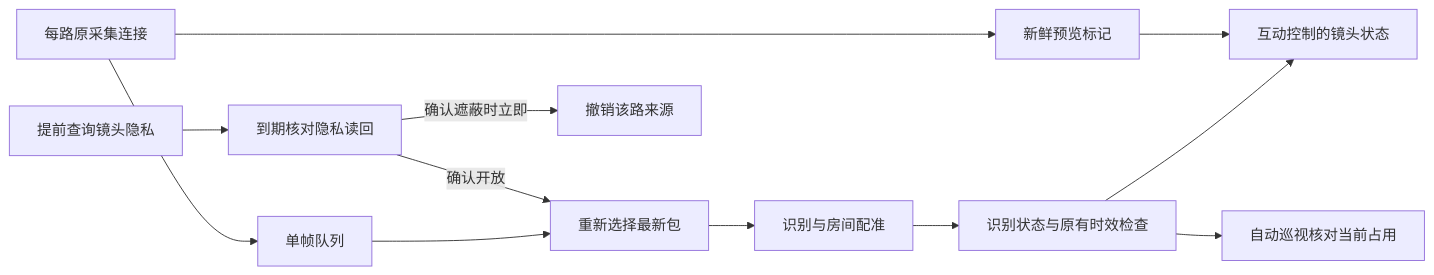
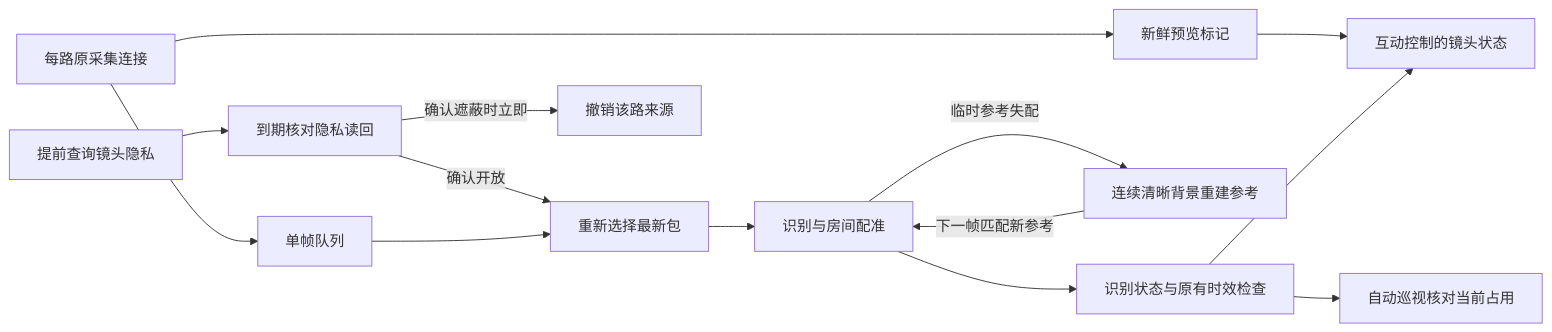
One commit to Geeprox/Friday changed the fifth of 38 diagrams in docs/architecture.md. Above: the diagram before and after it, drawn with Mermaid. The commit also changed other lines of this file and 8 other files, not shown here.

````diff
--- a/docs/architecture.md
+++ b/docs/architecture.md
@@ -182,14 +185,16 @@
 ```mermaid
 flowchart LR
   A[每路原采集连接] --> B[新鲜预览标记]
   A --> C[单帧队列]
   D[提前查询镜头隐私] --> K[到期核对隐私读回]
   K -->|确认开放| E[重新选择最新包]
   K -->|确认遮蔽时立即| L[撤销该路来源]
   C --> E
   E --> F[识别与房间配准]
+  F -->|临时参考失配| M[连续清晰背景重建参考]
+  M -->|下一帧匹配新参考| F
   F --> G[识别状态与原有时效检查]
   G --> I[自动巡视核对当前占用]
   B --> H[互动控制的镜头状态]
   G --> H
 ```
````
